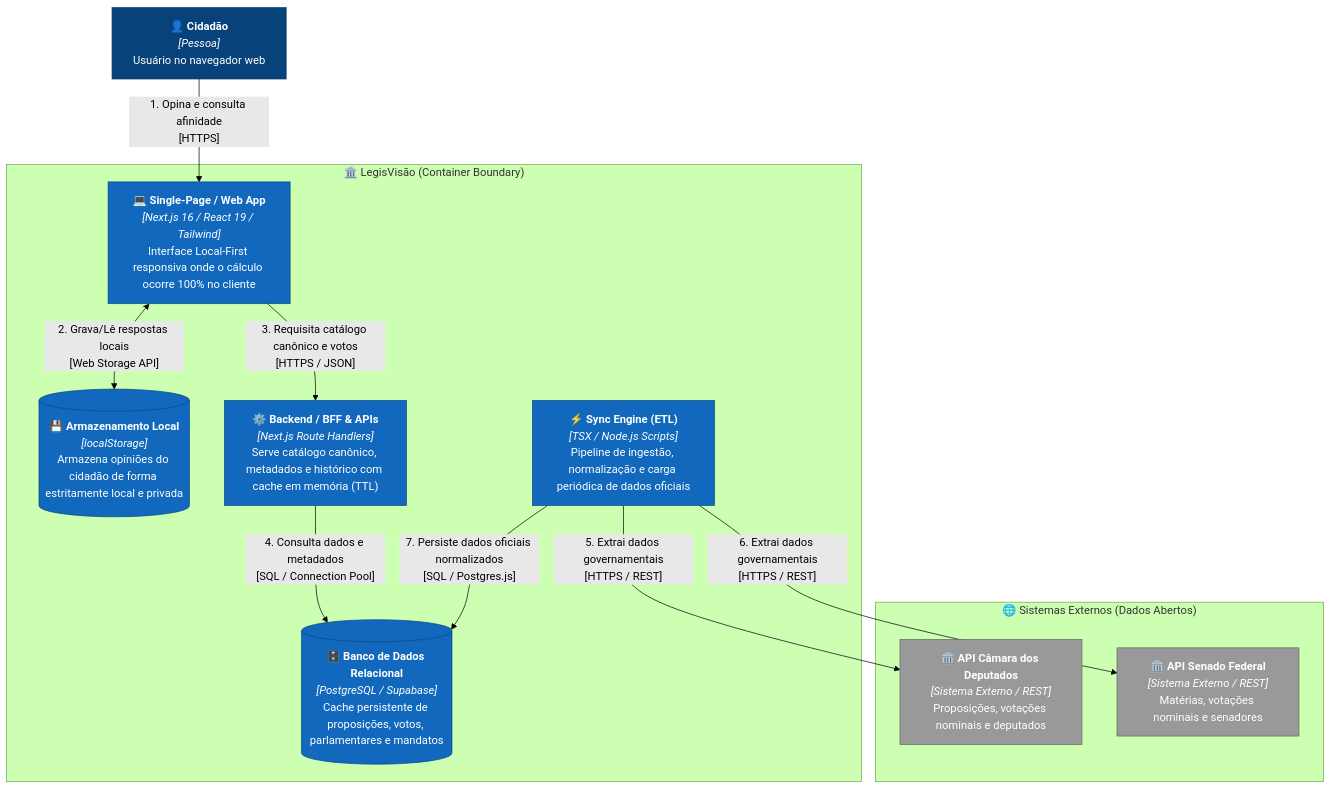
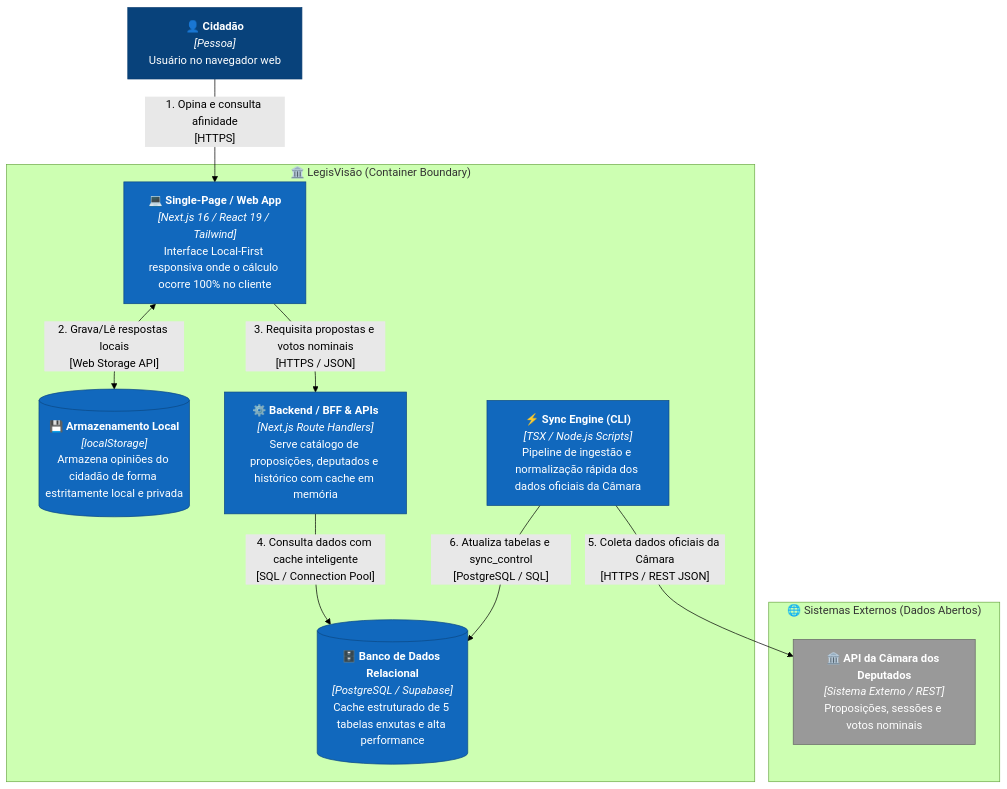
Before and after one commit to didifive/legisvisao: the second of 3 diagrams in README.md, drawn with Mermaid (forest theme). The commit also changed other lines of this file and 61 other files, not shown here.

Commit message:
feat: implement core LegisVisão application architecture, sync scripts, and affinity matching engine

````diff
--- a/README.md
+++ b/README.md
@@ -71,36 +65,31 @@
 ```mermaid
 flowchart TB
-    %% Estilos no padrão visual C4
     classDef person fill:#08427b,stroke:#073b6f,color:#ffffff;
     classDef ext fill:#999999,stroke:#666666,color:#ffffff;
     classDef container fill:#1168bd,stroke:#0b4884,color:#ffffff;
     classDef db fill:#1168bd,stroke:#0b4884,color:#ffffff;
 
     cidadao["👤 <b>Cidadão</b><br/><i>[Pessoa]</i><br/>Usuário no navegador web"]:::person
 
     subgraph ExtSystems ["🌐 Sistemas Externos (Dados Abertos)"]
-        camara["🏛️ <b>API Câmara dos Deputados</b><br/><i>[Sistema Externo / REST]</i><br/>Proposições, votações nominais e deputados"]:::ext
-        senado["🏛️ <b>API Senado Federal</b><br/><i>[Sistema Externo / REST]</i><br/>Matérias, votações nominais e senadores"]:::ext
+        camara["🏛️ <b>API da Câmara dos Deputados</b><br/><i>[Sistema Externo / REST]</i><br/>Proposições, sessões e votos nominais"]:::ext
     end
 
     subgraph LegisBoundary ["🏛️ LegisVisão (Container Boundary)"]
         spa["💻 <b>Single-Page / Web App</b><br/><i>[Next.js 16 / React 19 / Tailwind]</i><br/>Interface Local-First responsiva onde o cálculo ocorre 100% no cliente"]:::container
         storage[("💾 <b>Armazenamento Local</b><br/><i>[localStorage]</i><br/>Armazena opiniões do cidadão de forma estritamente local e privada")]:::db
-        bff["⚙️ <b>Backend / BFF & APIs</b><br/><i>[Next.js Route Handlers]</i><br/>Serve catálogo canônico, metadados e histórico com cache em memória (TTL)"]:::container
-        db[("🗄️ <b>Banco de Dados Relacional</b><br/><i>[PostgreSQL / Supabase]</i><br/>Cache persistente de proposições, votos, parlamentares e mandatos")]:::db
-        sync["⚡ <b>Sync Engine (ETL)</b><br/><i>[TSX / Node.js Scripts]</i><br/>Pipeline de ingestão, normalização e carga periódica de dados oficiais"]:::container
+        bff["⚙️ <b>Backend / BFF & APIs</b><br/><i>[Next.js Route Handlers]</i><br/>Serve catálogo de proposições, deputados e histórico com cache em memória"]:::container
+        db[("🗄️ <b>Banco de Dados Relacional</b><br/><i>[PostgreSQL / Supabase]</i><br/>Cache estruturado de 5 tabelas enxutas e alta performance")]:::db
+        sync["⚡ <b>Sync Engine (CLI)</b><br/><i>[TSX / Node.js Scripts]</i><br/>Pipeline de ingestão e normalização rápida dos dados oficiais da Câmara"]:::container
     end
 
     %% Fluxos do Usuário e Frontend
     cidadao -->|"1. Opina e consulta afinidade<br/>[HTTPS]"| spa
     spa <-->|"2. Grava/Lê respostas locais<br/>[Web Storage API]"| storage
-    spa -->|"3. Requisita catálogo canônico e votos<br/>[HTTPS / JSON]"| bff
+    spa -->|"3. Requisita propostas e votos nominais<br/>[HTTPS / JSON]"| bff
 
     %% Fluxos de Backend e Persistência
-    bff -->|"4. Consulta dados e metadados<br/>[SQL / Connection Pool]"| db
-
-    %% Fluxos da Engine de Ingestão (ETL)
-    sync -->|"5. Extrai dados governamentais<br/>[HTTPS / REST]"| camara
-    sync -->|"6. Extrai dados governamentais<br/>[HTTPS / REST]"| senado
-    sync -->|"7. Persiste dados oficiais normalizados<br/>[SQL / Postgres.js]"| db
+    bff -->|"4. Consulta dados com cache inteligente<br/>[SQL / Connection Pool]"| db
+    sync -->|"5. Coleta dados oficiais da Câmara<br/>[HTTPS / REST JSON]"| camara
+    sync -->|"6. Atualiza tabelas e sync_control<br/>[PostgreSQL / SQL]"| db
 ```
````
